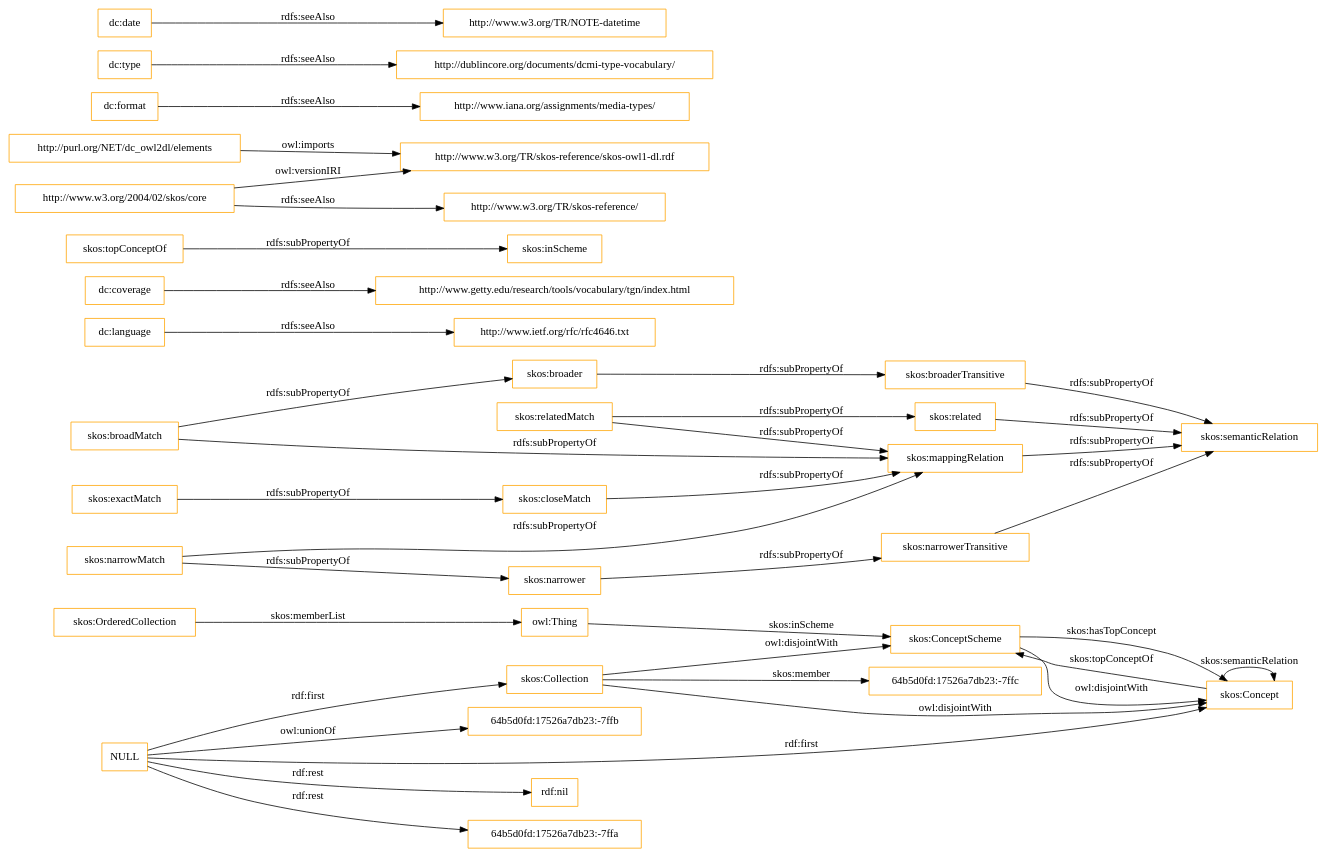
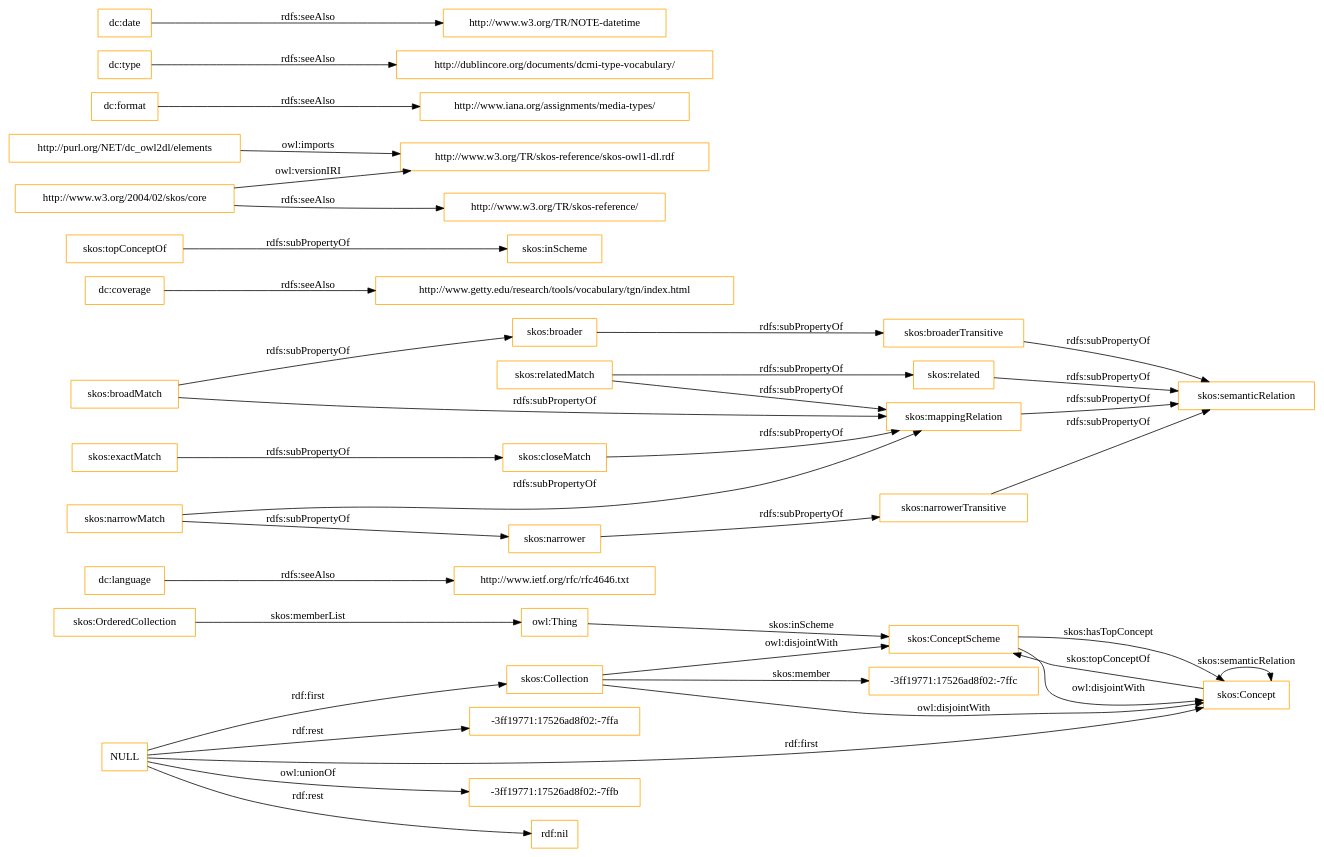
The diagram in OnToology/imports/elements.owl/diagrams/ar2dtool-class/elements.owl.png.dot (OnToologyUser/core-ontology-1), drawn with Graphviz before and after one commit. The commit also changed 14 other files, not shown here.

```diff
--- a/OnToology/imports/elements.owl/diagrams/ar2dtool-class/elements.owl.png.dot
+++ b/OnToology/imports/elements.owl/diagrams/ar2dtool-class/elements.owl.png.dot
@@ -1,43 +1,43 @@
 digraph ar2dtool_diagram { 
 rankdir=LR;
 size="1501"
-node [shape = rectangle, color="orange"]; "64b5d0fd:17526a7db23:-7ffc" "skos:OrderedCollection" "skos:Collection" "skos:ConceptScheme" "skos:Concept" ; /*classes style*/
-	"skos:narrowerTransitive" -> "skos:semanticRelation" [ label = "rdfs:subPropertyOf" ];
+node [shape = rectangle, color="orange"]; "-3ff19771:17526ad8f02:-7ffc" "skos:OrderedCollection" "skos:Collection" "skos:ConceptScheme" "skos:Concept" ; /*classes style*/
 	"dc:language" -> "http://www.ietf.org/rfc/rfc4646.txt" [ label = "rdfs:seeAlso" ];
+	"NULL" -> "-3ff19771:17526ad8f02:-7ffb" [ label = "owl:unionOf" ];
+	"NULL" -> "rdf:nil" [ label = "rdf:rest" ];
+	"NULL" -> "skos:Collection" [ label = "rdf:first" ];
+	"NULL" -> "-3ff19771:17526ad8f02:-7ffa" [ label = "rdf:rest" ];
+	"NULL" -> "skos:Concept" [ label = "rdf:first" ];
 	"skos:closeMatch" -> "skos:mappingRelation" [ label = "rdfs:subPropertyOf" ];
 	"dc:coverage" -> "http://www.getty.edu/research/tools/vocabulary/tgn/index.html" [ label = "rdfs:seeAlso" ];
 	"skos:relatedMatch" -> "skos:related" [ label = "rdfs:subPropertyOf" ];
 	"skos:relatedMatch" -> "skos:mappingRelation" [ label = "rdfs:subPropertyOf" ];
 	"skos:ConceptScheme" -> "skos:Concept" [ label = "owl:disjointWith" ];
 	"skos:related" -> "skos:semanticRelation" [ label = "rdfs:subPropertyOf" ];
 	"skos:topConceptOf" -> "skos:inScheme" [ label = "rdfs:subPropertyOf" ];
 	"skos:broadMatch" -> "skos:broader" [ label = "rdfs:subPropertyOf" ];
 	"skos:broadMatch" -> "skos:mappingRelation" [ label = "rdfs:subPropertyOf" ];
 	"http://purl.org/NET/dc_owl2dl/elements" -> "http://www.w3.org/TR/skos-reference/skos-owl1-dl.rdf" [ label = "owl:imports" ];
 	"skos:exactMatch" -> "skos:closeMatch" [ label = "rdfs:subPropertyOf" ];
 	"dc:format" -> "http://www.iana.org/assignments/media-types/" [ label = "rdfs:seeAlso" ];
 	"skos:broaderTransitive" -> "skos:semanticRelation" [ label = "rdfs:subPropertyOf" ];
 	"dc:type" -> "http://dublincore.org/documents/dcmi-type-vocabulary/" [ label = "rdfs:seeAlso" ];
 	"skos:broader" -> "skos:broaderTransitive" [ label = "rdfs:subPropertyOf" ];
 	"skos:mappingRelation" -> "skos:semanticRelation" [ label = "rdfs:subPropertyOf" ];
 	"http://www.w3.org/2004/02/skos/core" -> "http://www.w3.org/TR/skos-reference/skos-owl1-dl.rdf" [ label = "owl:versionIRI" ];
 	"http://www.w3.org/2004/02/skos/core" -> "http://www.w3.org/TR/skos-reference/" [ label = "rdfs:seeAlso" ];
 	"skos:Collection" -> "skos:ConceptScheme" [ label = "owl:disjointWith" ];
 	"skos:Collection" -> "skos:Concept" [ label = "owl:disjointWith" ];
 	"skos:narrowMatch" -> "skos:narrower" [ label = "rdfs:subPropertyOf" ];
 	"skos:narrowMatch" -> "skos:mappingRelation" [ label = "rdfs:subPropertyOf" ];
 	"skos:narrower" -> "skos:narrowerTransitive" [ label = "rdfs:subPropertyOf" ];
 	"dc:date" -> "http://www.w3.org/TR/NOTE-datetime" [ label = "rdfs:seeAlso" ];
-	"NULL" -> "rdf:nil" [ label = "rdf:rest" ];
-	"NULL" -> "skos:Collection" [ label = "rdf:first" ];
-	"NULL" -> "64b5d0fd:17526a7db23:-7ffa" [ label = "rdf:rest" ];
-	"NULL" -> "skos:Concept" [ label = "rdf:first" ];
-	"NULL" -> "64b5d0fd:17526a7db23:-7ffb" [ label = "owl:unionOf" ];
+	"skos:narrowerTransitive" -> "skos:semanticRelation" [ label = "rdfs:subPropertyOf" ];
 	"skos:OrderedCollection" -> "owl:Thing" [ label = "skos:memberList" ];
 	"skos:Concept" -> "skos:ConceptScheme" [ label = "skos:topConceptOf" ];
 	"skos:Concept" -> "skos:Concept" [ label = "skos:semanticRelation" ];
-	"skos:Collection" -> "64b5d0fd:17526a7db23:-7ffc" [ label = "skos:member" ];
+	"skos:Collection" -> "-3ff19771:17526ad8f02:-7ffc" [ label = "skos:member" ];
 	"skos:ConceptScheme" -> "skos:Concept" [ label = "skos:hasTopConcept" ];
 	"owl:Thing" -> "skos:ConceptScheme" [ label = "skos:inScheme" ];
 
 }
```
